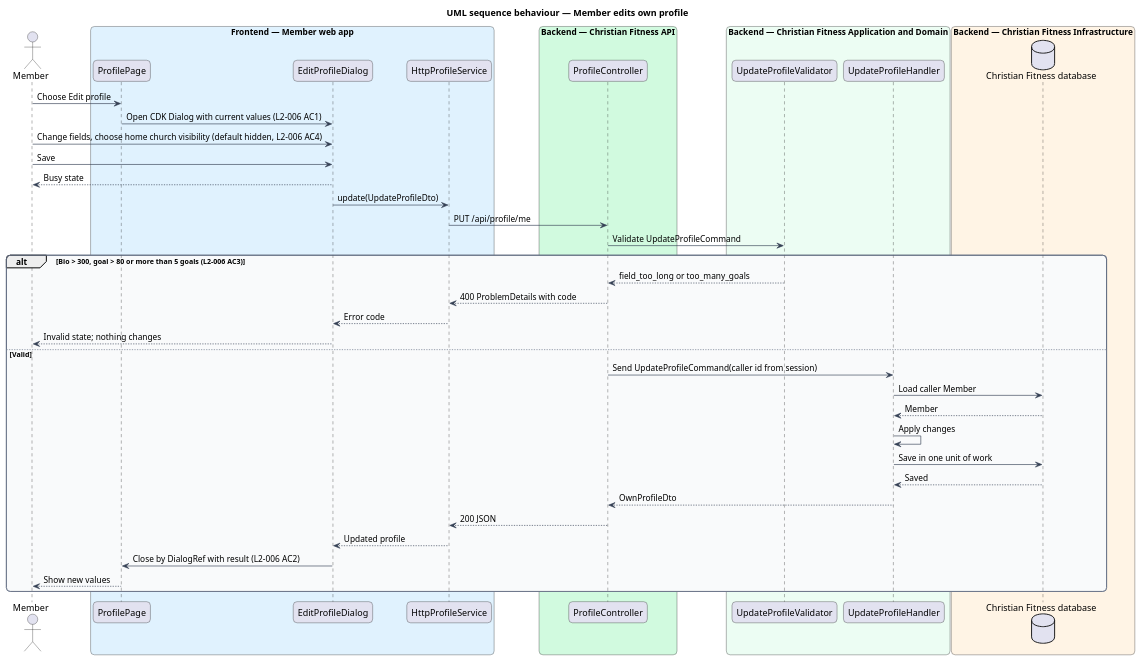
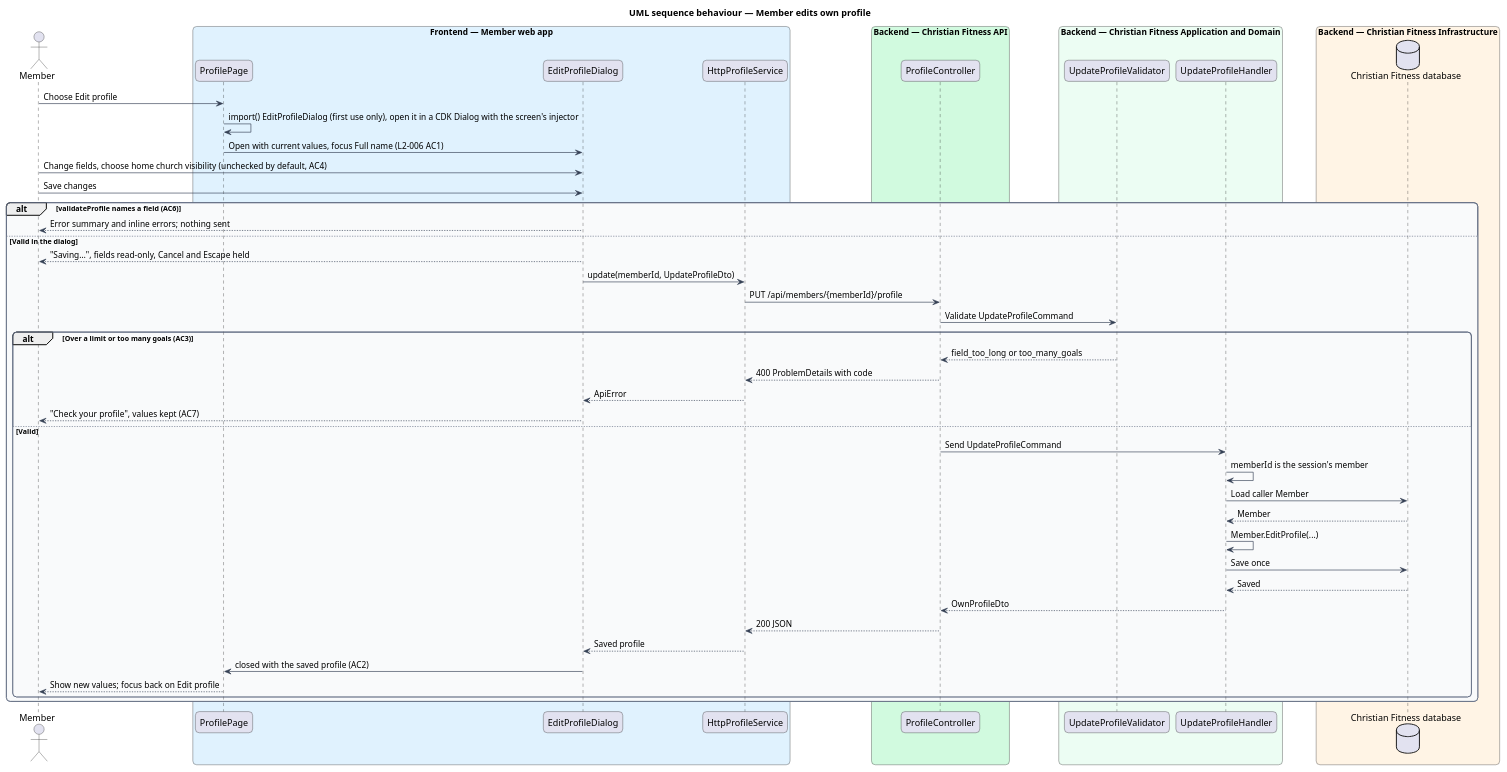
Before and after one commit to QuinntyneBrown/christian-fitness: the diagram in docs/detailed-designs/member-profile/edit-profile/diagrams/sequence-edit-profile.puml, drawn with PlantUML. The commit also changed 92 other files, not shown here.

First line of the commit message:
Slice 18.2: Edit my profile

```diff
--- a/docs/detailed-designs/member-profile/edit-profile/diagrams/sequence-edit-profile.puml
+++ b/docs/detailed-designs/member-profile/edit-profile/diagrams/sequence-edit-profile.puml
@@ -1,59 +1,65 @@
 @startuml
 title UML sequence behaviour — Member edits own profile
 skinparam backgroundColor #FFFFFF
 skinparam shadowing false
 skinparam roundcorner 12
 skinparam defaultFontName Arial
 skinparam ArrowColor #344054
 skinparam rectangle {
   BorderColor #344054
   FontColor #101828
 }
 skinparam package {
   BorderColor #667085
   FontColor #101828
   BackgroundColor #F9FAFB
 }
 actor "Member" as actor
 box "Frontend — Member web app" #E0F2FE
   participant "ProfilePage" as page
   participant "EditProfileDialog" as dlg
   participant "HttpProfileService" as client
 end box
 box "Backend — Christian Fitness API" #D1FADF
   participant "ProfileController" as ctrl
 end box
 box "Backend — Christian Fitness Application and Domain" #ECFDF3
   participant "UpdateProfileValidator" as v
   participant "UpdateProfileHandler" as h
 end box
 box "Backend — Christian Fitness Infrastructure" #FFF4E5
   database "Christian Fitness database" as db
 end box
 actor -> page : Choose Edit profile
-page -> dlg : Open CDK Dialog with current values (L2-006 AC1)
-actor -> dlg : Change fields, choose home church visibility (default hidden, L2-006 AC4)
-actor -> dlg : Save
-dlg --> actor : Busy state
-dlg -> client : update(UpdateProfileDto)
-client -> ctrl : PUT /api/profile/me
-ctrl -> v : Validate UpdateProfileCommand
-alt Bio > 300, goal > 80 or more than 5 goals (L2-006 AC3)
-  v --> ctrl : field_too_long or too_many_goals
-  ctrl --> client : 400 ProblemDetails with code
-  client --> dlg : Error code
-  dlg --> actor : Invalid state; nothing changes
-else Valid
-  ctrl -> h : Send UpdateProfileCommand(caller id from session)
-  h -> db : Load caller Member
-  db --> h : Member
-  h -> h : Apply changes
-  h -> db : Save in one unit of work
-  db --> h : Saved
-  h --> ctrl : OwnProfileDto
-  ctrl --> client : 200 JSON
-  client --> dlg : Updated profile
-  dlg -> page : Close by DialogRef with result (L2-006 AC2)
-  page --> actor : Show new values
+page -> page : import() EditProfileDialog (first use only), open it in a CDK Dialog with the screen's injector
+page -> dlg : Open with current values, focus Full name (L2-006 AC1)
+actor -> dlg : Change fields, choose home church visibility (unchecked by default, AC4)
+actor -> dlg : Save changes
+alt validateProfile names a field (AC6)
+  dlg --> actor : Error summary and inline errors; nothing sent
+else Valid in the dialog
+  dlg --> actor : "Saving…", fields read-only, Cancel and Escape held
+  dlg -> client : update(memberId, UpdateProfileDto)
+  client -> ctrl : PUT /api/members/{memberId}/profile
+  ctrl -> v : Validate UpdateProfileCommand
+  alt Over a limit or too many goals (AC3)
+    v --> ctrl : field_too_long or too_many_goals
+    ctrl --> client : 400 ProblemDetails with code
+    client --> dlg : ApiError
+    dlg --> actor : "Check your profile", values kept (AC7)
+  else Valid
+    ctrl -> h : Send UpdateProfileCommand
+    h -> h : memberId is the session's member
+    h -> db : Load caller Member
+    db --> h : Member
+    h -> h : Member.EditProfile(...)
+    h -> db : Save once
+    db --> h : Saved
+    h --> ctrl : OwnProfileDto
+    ctrl --> client : 200 JSON
+    client --> dlg : Saved profile
+    dlg -> page : closed with the saved profile (AC2)
+    page --> actor : Show new values; focus back on Edit profile
+  end
 end
 @enduml
```
